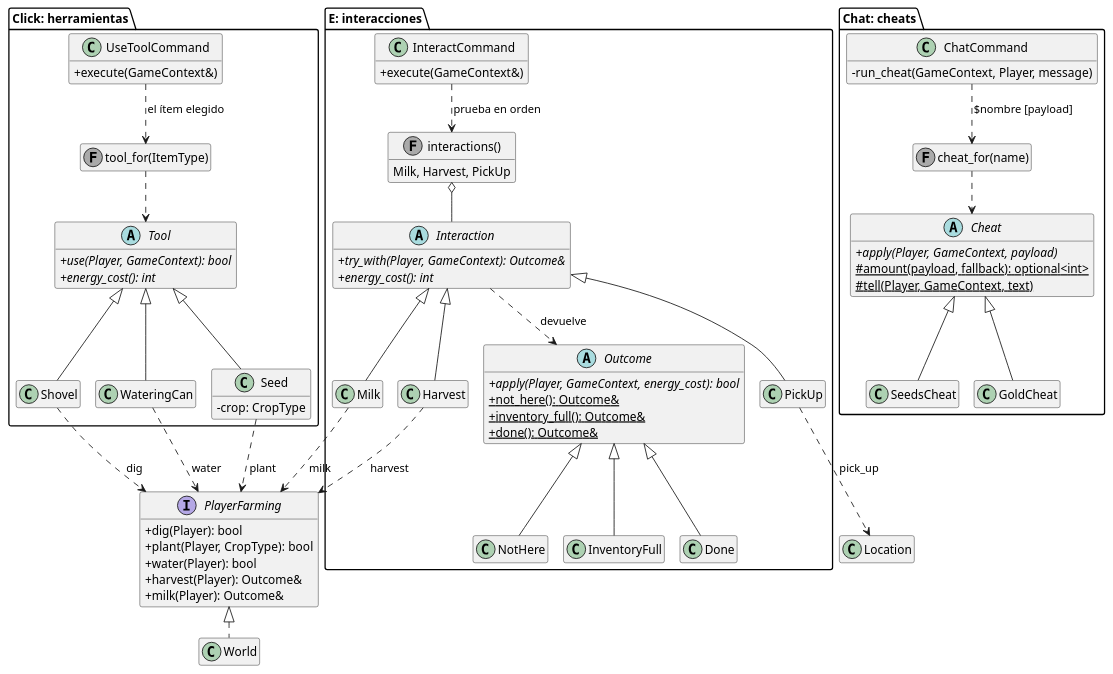
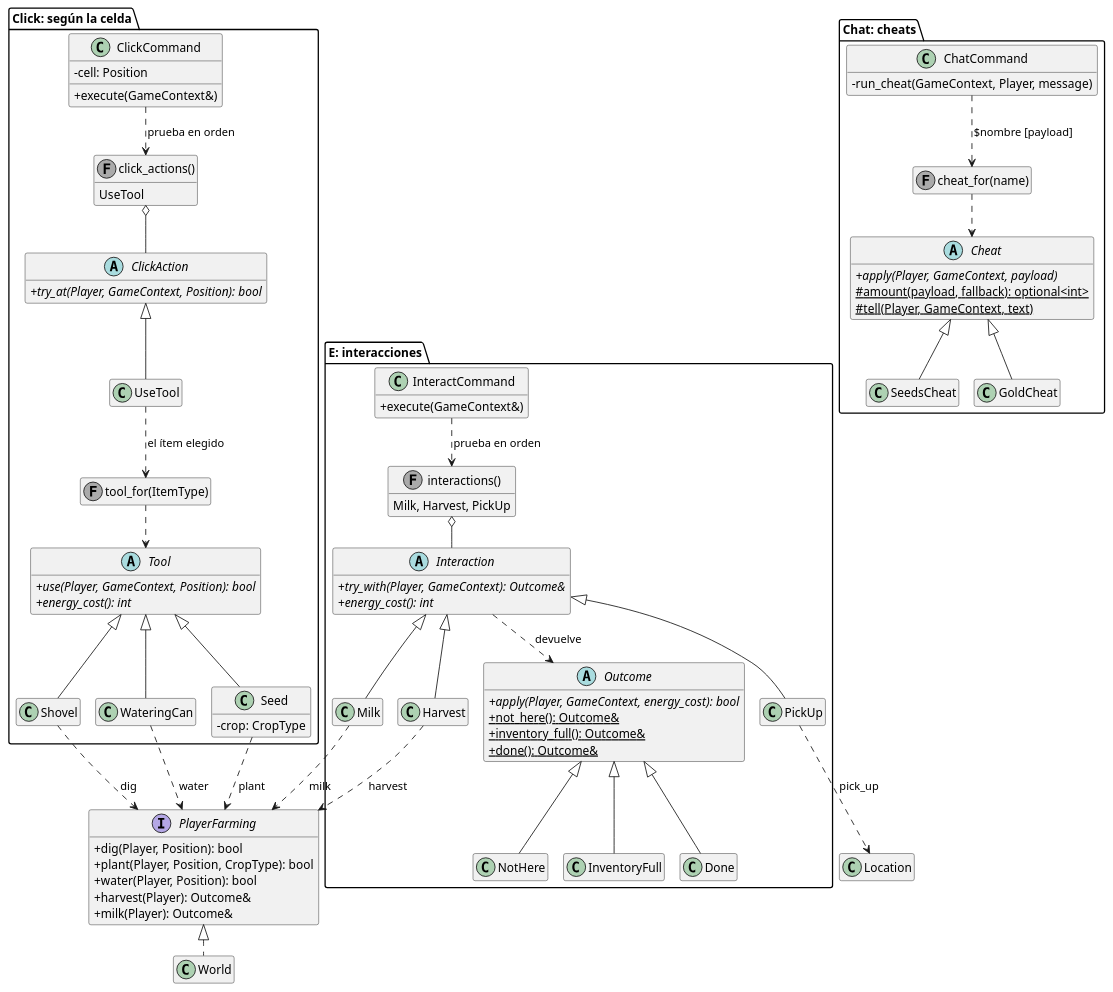
The diagram in server/docs/diagrams/farming/farming.puml (jerod1903/tp-taller-2026c2-grupo-14), drawn with PlantUML before and after one commit. The commit also changed 29 other files, not shown here.

Commit message:
feat(click): Click con la celda reemplaza a UseTool; ClickAction según lo que haya en la celda, con UseTool sobre celdas pegadas al jugador

```diff
--- a/server/docs/diagrams/farming/farming.puml
+++ b/server/docs/diagrams/farming/farming.puml
@@ -1,100 +1,111 @@
 @startuml farming
 !pragma layout smetana
 hide empty members
 skinparam classAttributeIconSize 0
 
 interface PlayerFarming {
-  + dig(Player): bool
-  + plant(Player, CropType): bool
-  + water(Player): bool
+  + dig(Player, Position): bool
+  + plant(Player, Position, CropType): bool
+  + water(Player, Position): bool
   + harvest(Player): Outcome&
   + milk(Player): Outcome&
 }
 
-package "Click: herramientas" {
-  class UseToolCommand {
+package "Click: según la celda" {
+  class ClickCommand {
+    - cell: Position
     + execute(GameContext&)
   }
+  abstract class ClickAction {
+    + {abstract} try_at(Player, GameContext, Position): bool
+  }
+  class "click_actions()" as click_actions << (F,#AAAAAA) >> {
+    UseTool
+  }
+  class UseTool
   abstract class Tool {
-    + {abstract} use(Player, GameContext): bool
+    + {abstract} use(Player, GameContext, Position): bool
     + {abstract} energy_cost(): int
   }
   class Shovel
   class WateringCan
   class Seed {
     - crop: CropType
   }
   class "tool_for(ItemType)" as tool_for << (F,#AAAAAA) >>
 }
 
 package "E: interacciones" {
   class InteractCommand {
     + execute(GameContext&)
   }
   abstract class Interaction {
     + {abstract} try_with(Player, GameContext): Outcome&
     + {abstract} energy_cost(): int
   }
   class Milk
   class Harvest
   class PickUp
   class "interactions()" as interactions << (F,#AAAAAA) >> {
     Milk, Harvest, PickUp
   }
   abstract class Outcome {
     + {abstract} apply(Player, GameContext, energy_cost): bool
     + {static} not_here(): Outcome&
     + {static} inventory_full(): Outcome&
     + {static} done(): Outcome&
   }
   class NotHere
   class InventoryFull
   class Done
 }
 
 package "Chat: cheats" {
   class ChatCommand {
     - run_cheat(GameContext, Player, message)
   }
   abstract class Cheat {
     + {abstract} apply(Player, GameContext, payload)
     # {static} amount(payload, fallback): optional<int>
     # {static} tell(Player, GameContext, text)
   }
   class SeedsCheat
   class GoldCheat
   class "cheat_for(name)" as cheat_for << (F,#AAAAAA) >>
 }
 
 class World
 class Location
 
-UseToolCommand ..> tool_for : el ítem elegido
+ClickCommand ..> click_actions : prueba en orden
+click_actions o-- ClickAction
+ClickAction <|-- UseTool
+UseTool ..> tool_for : el ítem elegido
 tool_for ..> Tool
 Tool <|-- Shovel
 Tool <|-- WateringCan
 Tool <|-- Seed
 Shovel ..> PlayerFarming : dig
 WateringCan ..> PlayerFarming : water
 Seed ..> PlayerFarming : plant
 
 InteractCommand ..> interactions : prueba en orden
 interactions o-- Interaction
 Interaction <|-- Milk
 Interaction <|-- Harvest
 Interaction <|-- PickUp
 Milk ..> PlayerFarming : milk
 Harvest ..> PlayerFarming : harvest
 PickUp ..> Location : pick_up
 Interaction ..> Outcome : devuelve
 Outcome <|-- NotHere
 Outcome <|-- InventoryFull
 Outcome <|-- Done
 
 ChatCommand ..> cheat_for : "$nombre [payload]"
 cheat_for ..> Cheat
 Cheat <|-- SeedsCheat
 Cheat <|-- GoldCheat
 
 PlayerFarming <|.. World
 @enduml
```
